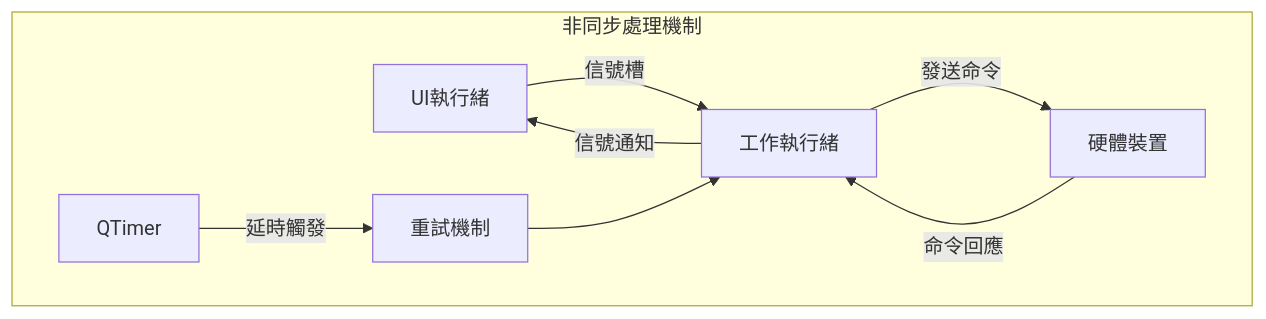
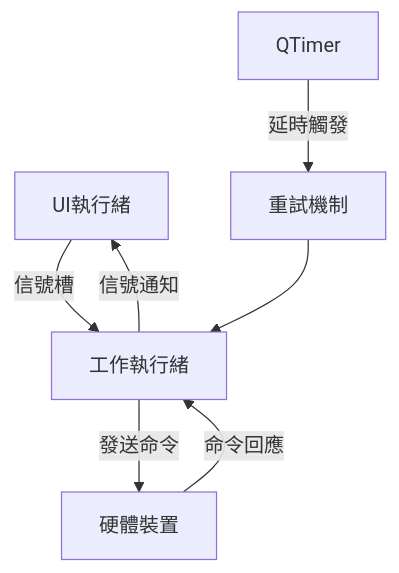
Before and after one commit to MingYuan-Chen/orion_v2: the seventh of 9 diagrams in orion_developer_document.md, drawn with Mermaid. The commit also changed other lines of this file, not shown here.

Commit message:
update developer document - flow chart display

````diff
--- a/orion_developer_document.md
+++ b/orion_developer_document.md
@@ -305,13 +300,15 @@
 ```mermaid
 graph TD
-    subgraph "非同步處理機制"
-        A[UI執行緒] -- "信號槽" --> B[工作執行緒]
-        B -- "信號通知" --> A
-        
-        B -- "發送命令" --> C[硬體裝置]
-        C -- "命令回應" --> B
-        
-        D[QTimer] -- "延時觸發" --> E[重試機制]
-        E --> B
-    end
+    A[UI執行緒]
+    B[工作執行緒]
+    C[硬體裝置]
+    D[QTimer]
+    E[重試機制]
+    
+    A -- "信號槽" --> B
+    B -- "信號通知" --> A
+    B -- "發送命令" --> C
+    C -- "命令回應" --> B
+    D -- "延時觸發" --> E
+    E --> B
 ```
````
